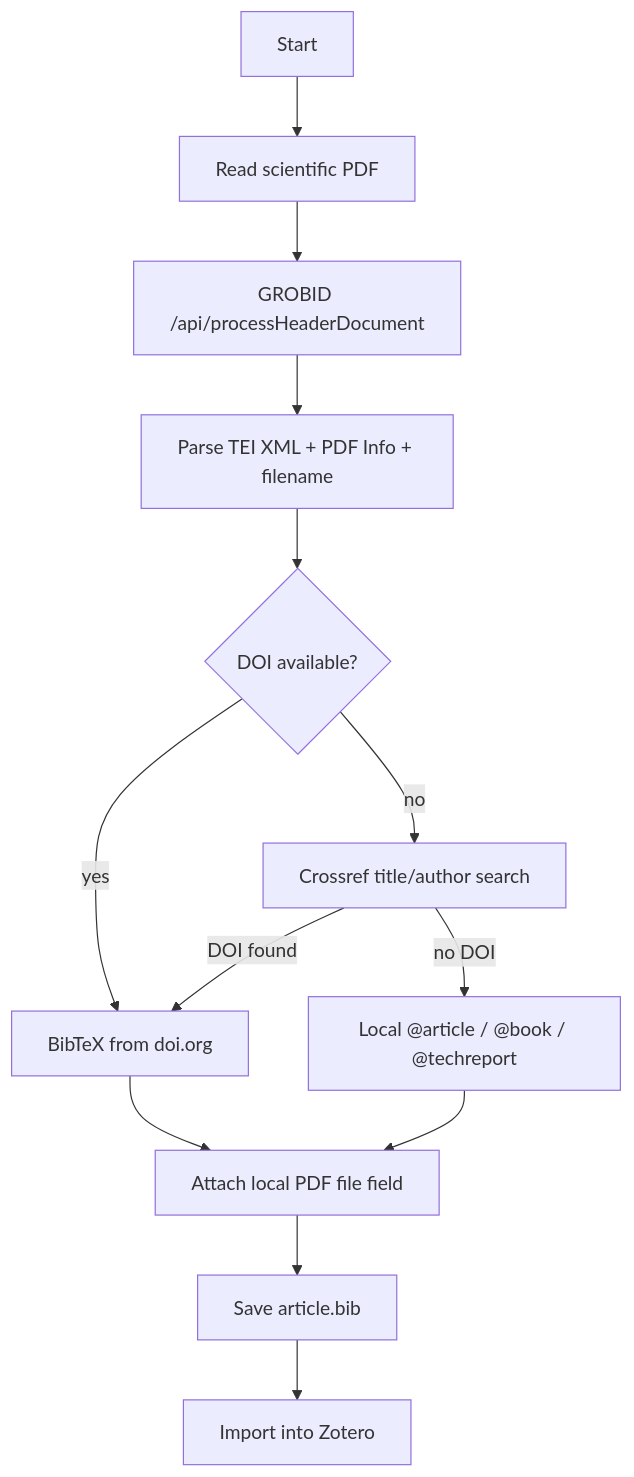
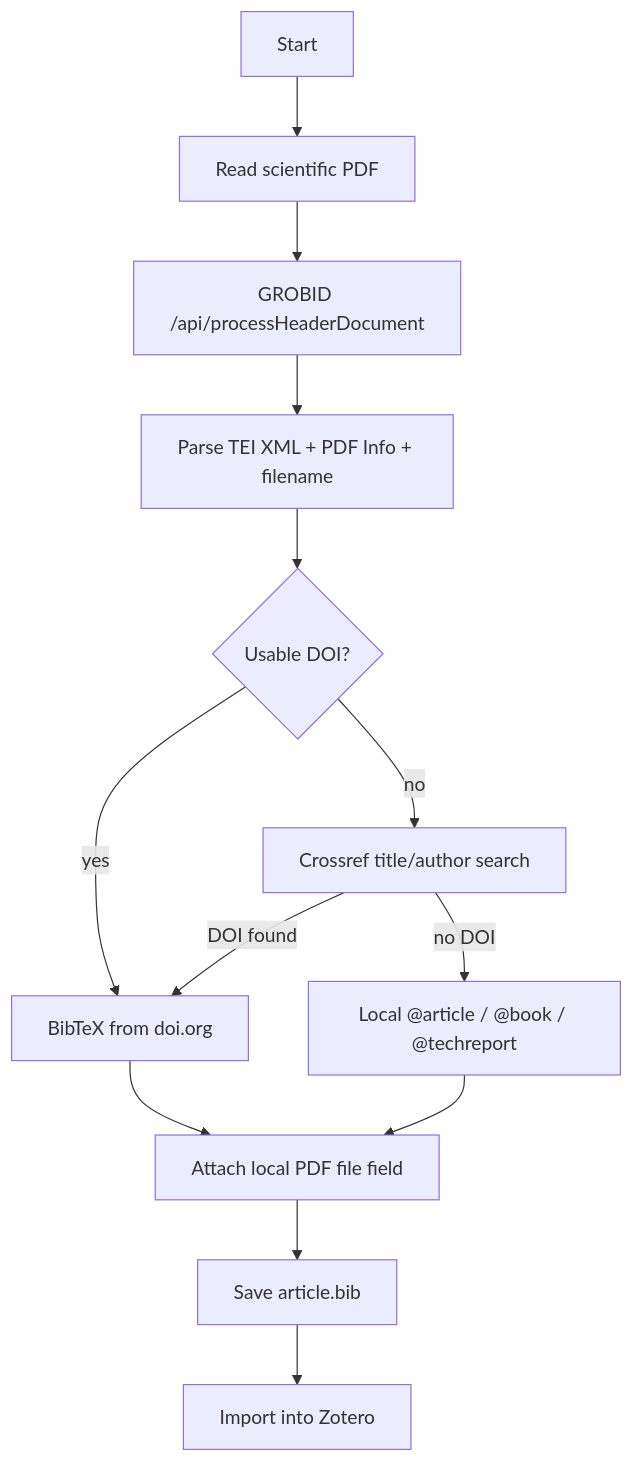
One commit to jensabrahamsson/pdf2zotero changed the sixth of 8 diagrams in GUIDE.md. Above: the diagram before and after it, drawn with Mermaid. The commit also changed other lines of this file and 6 other files, not shown here.

````diff
--- a/GUIDE.md
+++ b/GUIDE.md
@@ -124,15 +126,15 @@
 ```mermaid
 flowchart TD
   S[Start] --> R[Read scientific PDF]
   R --> G["GROBID /api/processHeaderDocument"]
   G --> P[Parse TEI XML + PDF Info + filename]
-  P --> D{DOI available?}
+  P --> D{Usable DOI?}
   D -->|yes| B1[BibTeX from doi.org]
   D -->|no| XR[Crossref title/author search]
   XR -->|DOI found| B1
   XR -->|no DOI| B2[Local @article / @book / @techreport]
   B1 --> F[Attach local PDF file field]
   B2 --> F
   F --> SAVE[Save article.bib]
   SAVE --> Z[Import into Zotero]
 ```
````
